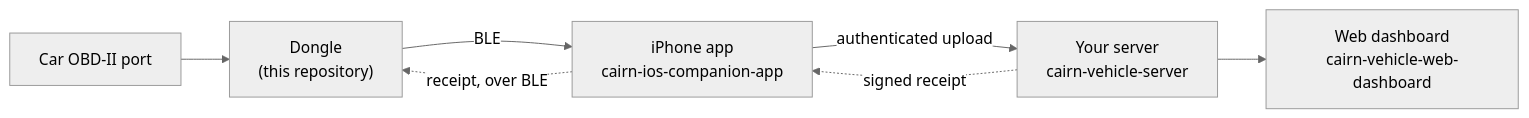
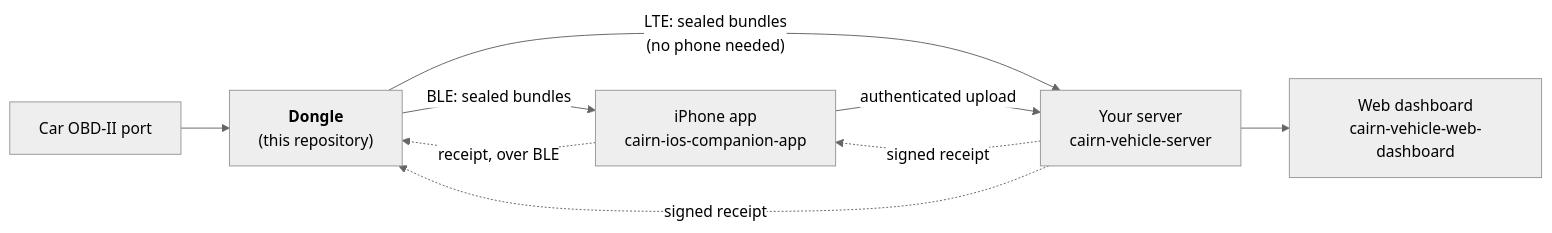
The first of 16 diagrams in README.md (ParkWardRR/cairn-esp32-device-firmware), drawn with Mermaid (neutral theme) before and after one commit. The commit also changed other lines of this file, not shown here.

First line of the commit message:
docs: README says what has run, and points at the one roadmap

````diff
--- a/README.md
+++ b/README.md
@@ -25,9 +31,11 @@
 ```mermaid
 flowchart LR
-    car["Car OBD-II port"] --> dongle["Dongle<br/>(this repository)"]
-    dongle -- "BLE" --> phone["iPhone app<br/>cairn-ios-companion-app"]
-    phone -- "authenticated upload" --> server["Your server<br/>cairn-vehicle-server"]
+    car["Car OBD-II port"] --> dongle["<b>Dongle</b><br/>(this repository)"]
+    dongle -- "BLE: sealed bundles" --> phone["iPhone app<br/>cairn-ios-companion-app"]
+    dongle -- "LTE: sealed bundles<br/>(no phone needed)" --> server["Your server<br/>cairn-vehicle-server"]
+    phone -- "authenticated upload" --> server
     server --> web["Web dashboard<br/>cairn-vehicle-web-dashboard"]
     server -. "signed receipt" .-> phone
     phone -. "receipt, over BLE" .-> dongle
+    server -. "signed receipt" .-> dongle
 ```
````
